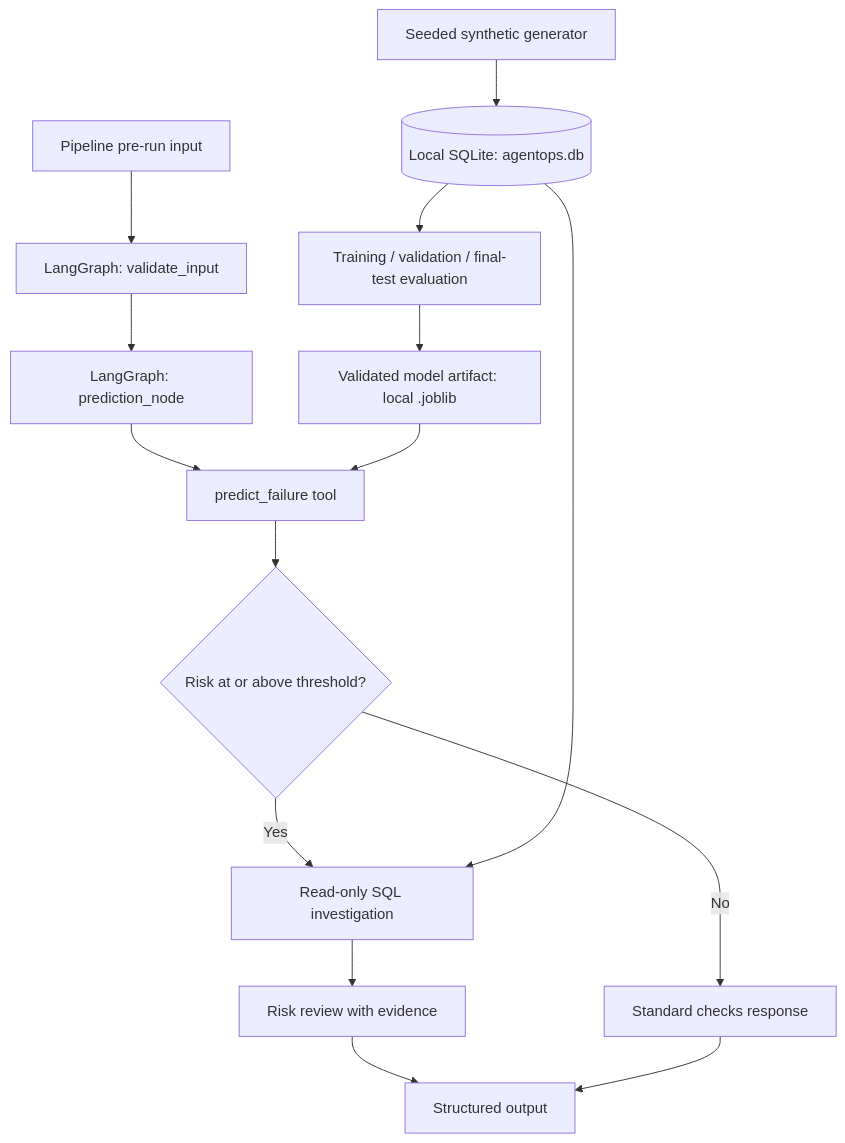
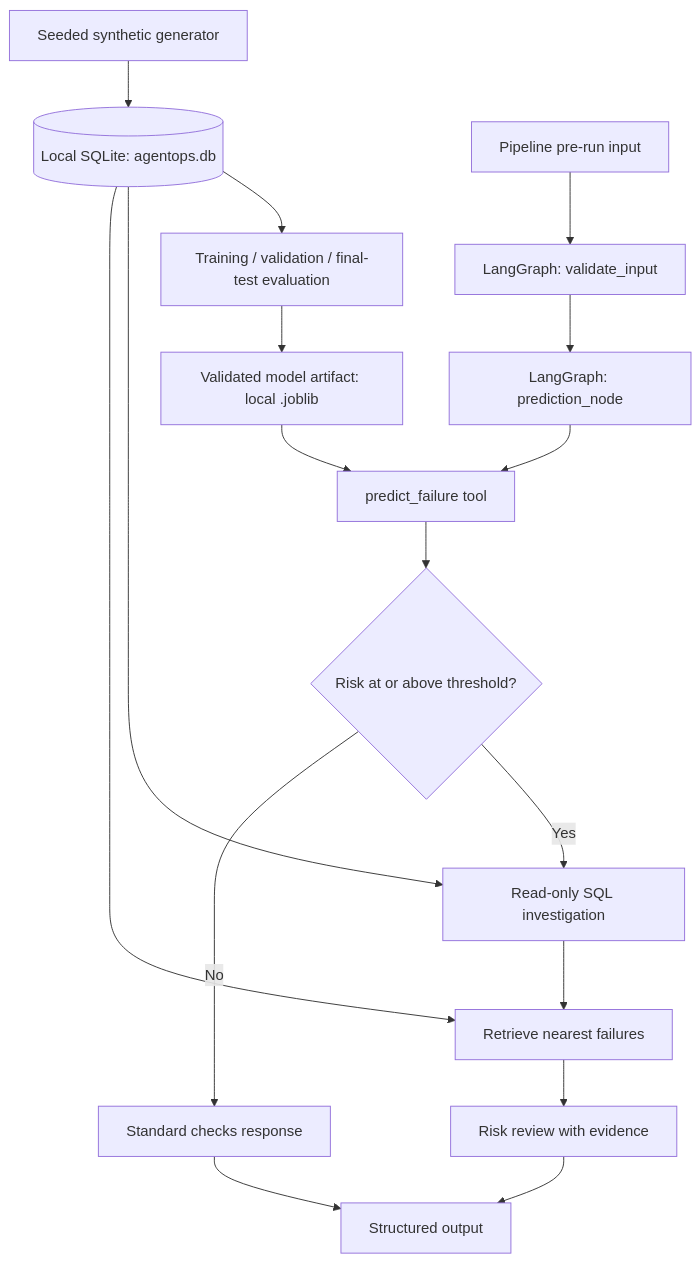
Before and after one commit to AimanManzoor/agentops-intelligence-lab: the diagram in README.md, drawn with Mermaid. The commit also changed other lines of this file and 6 other files, not shown here.

````diff
--- a/README.md
+++ b/README.md
@@ -39,17 +40,19 @@
 ```mermaid
 flowchart TD
     G[Seeded synthetic generator] --> DB[(Local SQLite: agentops.db)]
     DB --> EV[Training / validation / final-test evaluation]
     EV --> M[Validated model artifact: local .joblib]
     IN[Pipeline pre-run input] --> V[LangGraph: validate_input]
     V --> P[LangGraph: prediction_node]
     P --> T[predict_failure tool]
     M --> T
     T --> R{Risk at or above threshold?}
     R -->|Yes| I[Read-only SQL investigation]
     DB --> I
-    I --> H[Risk review with evidence]
+    I --> S[Retrieve nearest failures]
+    DB --> S
+    S --> H[Risk review with evidence]
     R -->|No| L[Standard checks response]
     H --> OUT[Structured output]
     L --> OUT
 ```
````
